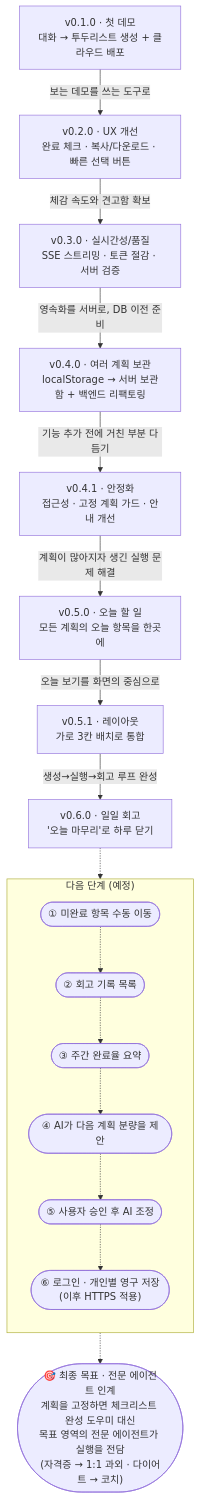
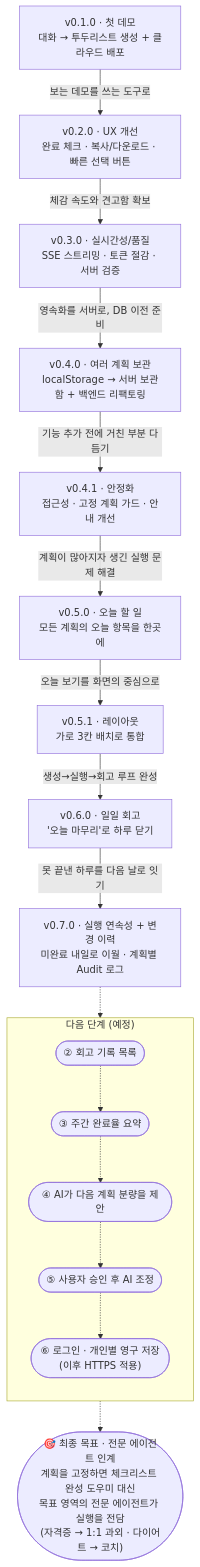
One commit to hello-pebble/DelayNoMore_Release changed the diagram in docs/EVOLUTION.md. Above: the diagram before and after it, drawn with Mermaid. The commit also changed other lines of this file and 23 other files, not shown here.

First line of the commit message:
feat: v0.7.0 — 미완료 항목 내일로 이동 + 계획 변경 이력(Audit)

````diff
--- a/docs/EVOLUTION.md
+++ b/docs/EVOLUTION.md
@@ -6,34 +6,35 @@
 ```mermaid
 graph TD
     V01["v0.1.0 · 첫 데모<br/>대화 → 투두리스트 생성 + 클라우드 배포"]
     V02["v0.2.0 · UX 개선<br/>완료 체크 · 복사/다운로드 · 빠른 선택 버튼"]
     V03["v0.3.0 · 실시간성/품질<br/>SSE 스트리밍 · 토큰 절감 · 서버 검증"]
     V04["v0.4.0 · 여러 계획 보관<br/>localStorage → 서버 보관함 + 백엔드 리팩토링"]
     V041["v0.4.1 · 안정화<br/>접근성 · 고정 계획 가드 · 안내 개선"]
     V05["v0.5.0 · 오늘 할 일<br/>모든 계획의 오늘 항목을 한곳에"]
     V051["v0.5.1 · 레이아웃<br/>가로 3칸 배치로 통합"]
     V06["v0.6.0 · 일일 회고<br/>'오늘 마무리'로 하루 닫기"]
+    V07["v0.7.0 · 실행 연속성 + 변경 이력<br/>미완료 내일로 이월 · 계획별 Audit 로그"]
 
     V01 -->|"보는 데모를 쓰는 도구로"| V02
     V02 -->|"체감 속도와 견고함 확보"| V03
     V03 -->|"영속화를 서버로, DB 이전 준비"| V04
     V04 -->|"기능 추가 전에 거친 부분 다듬기"| V041
     V041 -->|"계획이 많아지자 생긴 실행 문제 해결"| V05
     V05 -->|"오늘 보기를 화면의 중심으로"| V051
     V051 -->|"생성→실행→회고 루프 완성"| V06
+    V06 -->|"못 끝낸 하루를 다음 날로 잇기"| V07
 
     subgraph NEXT["다음 단계 (예정)"]
         direction TB
-        N1(["① 미완료 항목 수동 이동"])
         N2(["② 회고 기록 목록"])
         N3(["③ 주간 완료율 요약"])
         N4(["④ AI가 다음 계획 분량을 제안"])
         N5(["⑤ 사용자 승인 후 AI 조정"])
         N6(["⑥ 로그인 · 개인별 영구 저장<br/>(이후 HTTPS 적용)"])
-        N1 -.-> N2 -.-> N3 -.-> N4 -.-> N5 -.-> N6
+        N2 -.-> N3 -.-> N4 -.-> N5 -.-> N6
     end
 
     FINAL(["🎯 최종 목표 · 전문 에이전트 인계<br/>계획을 고정하면 체크리스트 완성 도우미 대신<br/>목표 영역의 전문 에이전트가 실행을 전담<br/>(자격증 → 1:1 과외 · 다이어트 → 코치)"])
 
-    V06 -.-> NEXT -.-> FINAL
+    V07 -.-> NEXT -.-> FINAL
 ```
````
